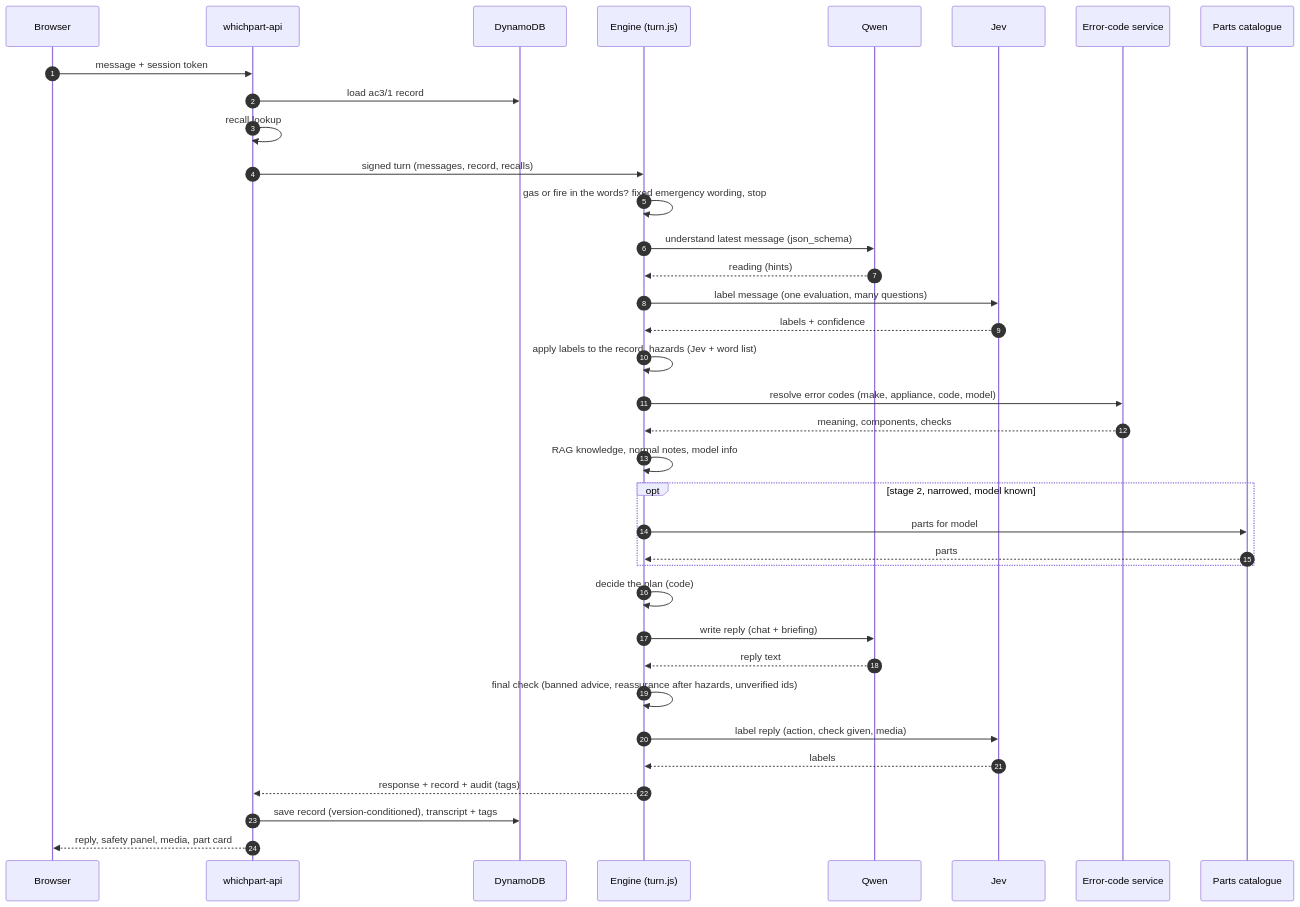
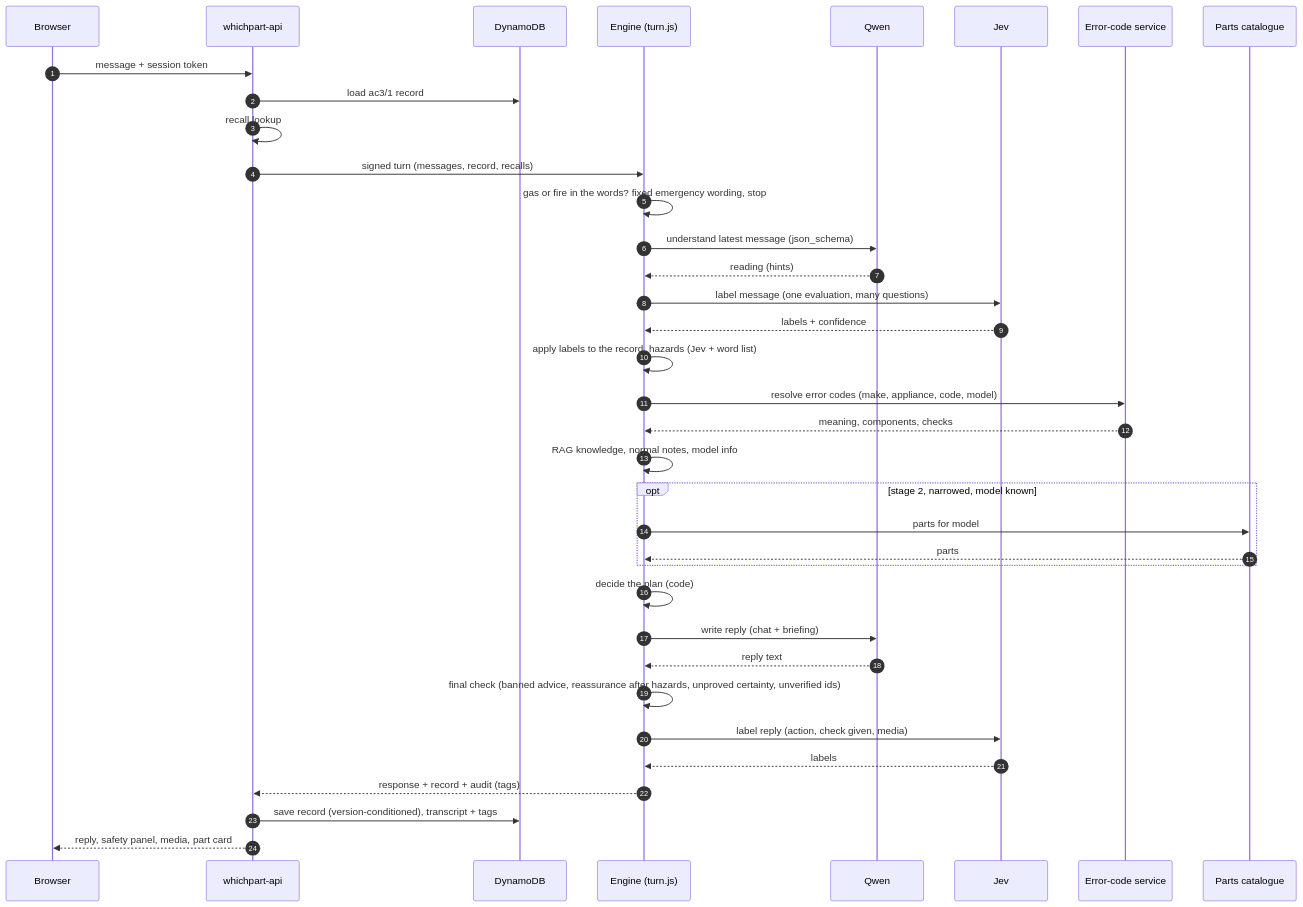
The second of 5 diagrams in docs/architecture/overview.md (timdodgson/appliance-clinic), drawn with Mermaid before and after one commit. The commit also changed other lines of this file and 16 other files, not shown here.

````diff
--- a/docs/architecture/overview.md
+++ b/docs/architecture/overview.md
@@ -56,38 +56,38 @@
 ```mermaid
 sequenceDiagram
   autonumber
   participant B as Browser
   participant W as whichpart-api
   participant D as DynamoDB
   participant E as Engine (turn.js)
   participant Q as Qwen
   participant J as Jev
   participant X as Error-code service
   participant C as Parts catalogue
   B->>W: message + session token
   W->>D: load ac3/1 record
   W->>W: recall lookup
   W->>E: signed turn (messages, record, recalls)
   E->>E: gas or fire in the words? fixed emergency wording, stop
   E->>Q: understand latest message (json_schema)
   Q-->>E: reading (hints)
   E->>J: label message (one evaluation, many questions)
   J-->>E: labels + confidence
   E->>E: apply labels to the record, hazards (Jev + word list)
   E->>X: resolve error codes (make, appliance, code, model)
   X-->>E: meaning, components, checks
   E->>E: RAG knowledge, normal notes, model info
   opt stage 2, narrowed, model known
     E->>C: parts for model
     C-->>E: parts
   end
   E->>E: decide the plan (code)
   E->>Q: write reply (chat + briefing)
   Q-->>E: reply text
-  E->>E: final check (banned advice, reassurance after hazards, unverified ids)
+  E->>E: final check (banned advice, reassurance after hazards, unproved certainty, unverified ids)
   E->>J: label reply (action, check given, media)
   J-->>E: labels
   E-->>W: response + record + audit (tags)
   W->>D: save record (version-conditioned), transcript + tags
   W-->>B: reply, safety panel, media, part card
 ```
````
